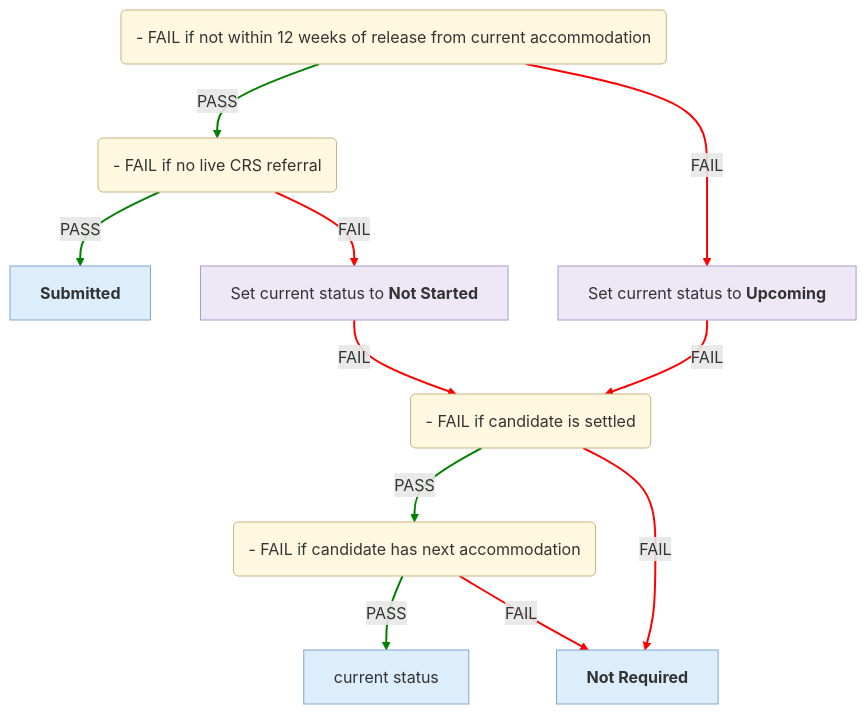
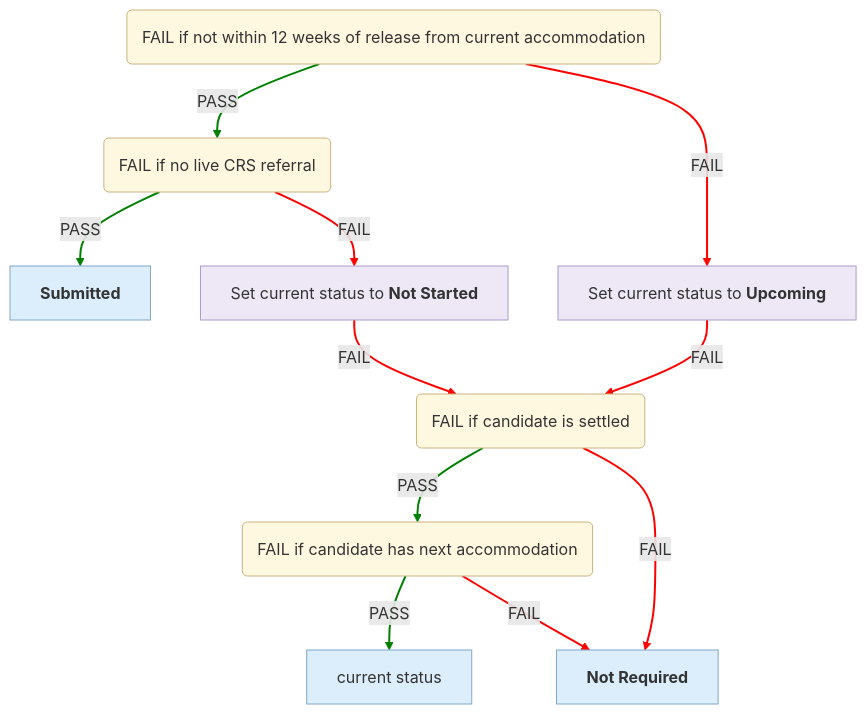
The fourth of 6 diagrams in docs/eligibility-rules-graph.md (uk-gov-mirror/ministryofjustice.hmpps-single-accommodation-service-api), drawn with Mermaid before and after one commit. The commit also changed other lines of this file and 2 other files, not shown here.

Commit message:
chore/SAS-1532-Use-UI-statuses-in-graph-instead-of-enums

````diff
--- a/docs/eligibility-rules-graph.md
+++ b/docs/eligibility-rules-graph.md
@@ -421,31 +421,31 @@
 ```mermaid
 %%{init: {"flowchart": {"wrappingWidth": 800}}}%%
 flowchart TD
-  Upcoming("- FAIL if not within 12 weeks of release from current accommodation")
-  Completion("- FAIL if no live CRS referral")
-  Submitted["<b>Submitted</b>"]
-  updater_Set_current_status_to_Not_Started["Set current status to <b>Not Started</b>"]
-  Eligibility_Settled("- FAIL if candidate is settled")
-  Eligibility_Next_Accommodation("- FAIL if candidate has next accommodation")
-  current_status["current status"]
-  Not_Required["<b>Not Required</b>"]
-  updater_Set_current_status_to_Upcoming["Set current status to <b>Upcoming</b>"]
+  Upcoming("<div style='text-align:left'>FAIL if not within 12 weeks of release from current accommodation</div>")
+  Completion("<div style='text-align:left'>FAIL if no live CRS referral</div>")
+  Submitted["<div style='text-align:left'><b>Submitted</b></div>"]
+  updater_Set_current_status_to_Not_Started["<div style='text-align:left'>Set current status to <b>Not Started</b></div>"]
+  Eligibility_Settled("<div style='text-align:left'>FAIL if candidate is settled</div>")
+  Eligibility_Next_Accommodation("<div style='text-align:left'>FAIL if candidate has next accommodation</div>")
+  current_status["<div style='text-align:left'>current status</div>"]
+  Not_Required["<div style='text-align:left'><b>Not Required</b></div>"]
+  updater_Set_current_status_to_Upcoming["<div style='text-align:left'>Set current status to <b>Upcoming</b></div>"]
   Completion -->|PASS| Submitted
   Completion -->|FAIL| updater_Set_current_status_to_Not_Started
   Eligibility_Next_Accommodation -->|PASS| current_status
   Eligibility_Next_Accommodation -->|FAIL| Not_Required
   Eligibility_Settled -->|PASS| Eligibility_Next_Accommodation
   Eligibility_Settled -->|FAIL| Not_Required
   updater_Set_current_status_to_Not_Started -->|FAIL| Eligibility_Settled
   Upcoming -->|PASS| Completion
   Upcoming -->|FAIL| updater_Set_current_status_to_Upcoming
   updater_Set_current_status_to_Upcoming -->|FAIL| Eligibility_Settled
   linkStyle 0,2,4,7 stroke:green,stroke-width:2px
   linkStyle 1,3,5,6,8,9 stroke:red,stroke-width:2px
   classDef ruleSetNode fill:#FFF8E1,stroke:#C9B37E,color:#333
   classDef outcomeNode fill:#DCEEFB,stroke:#7FA7C9,color:#333
   classDef updaterNode fill:#EDE7F6,stroke:#A99BC9,color:#333
   class Upcoming,Completion,Eligibility_Settled,Eligibility_Next_Accommodation ruleSetNode
   class Submitted,current_status,Not_Required outcomeNode
   class updater_Set_current_status_to_Not_Started,updater_Set_current_status_to_Upcoming updaterNode
 ```
````
